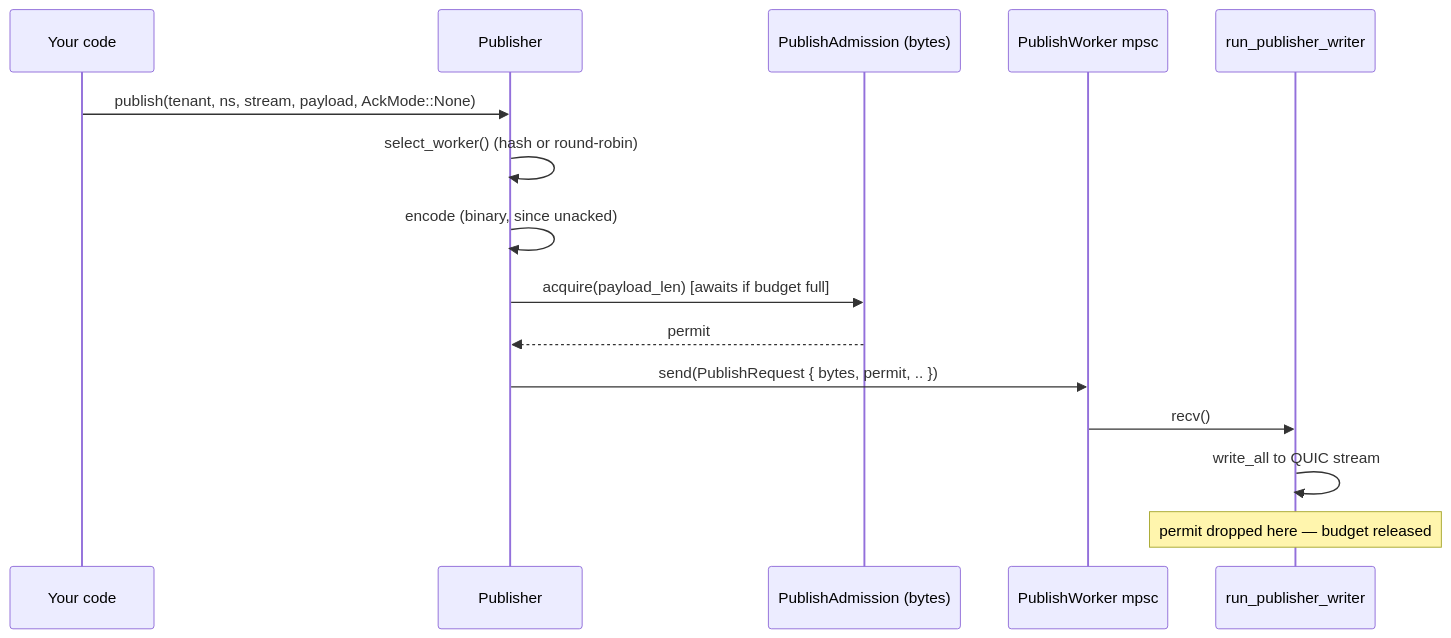
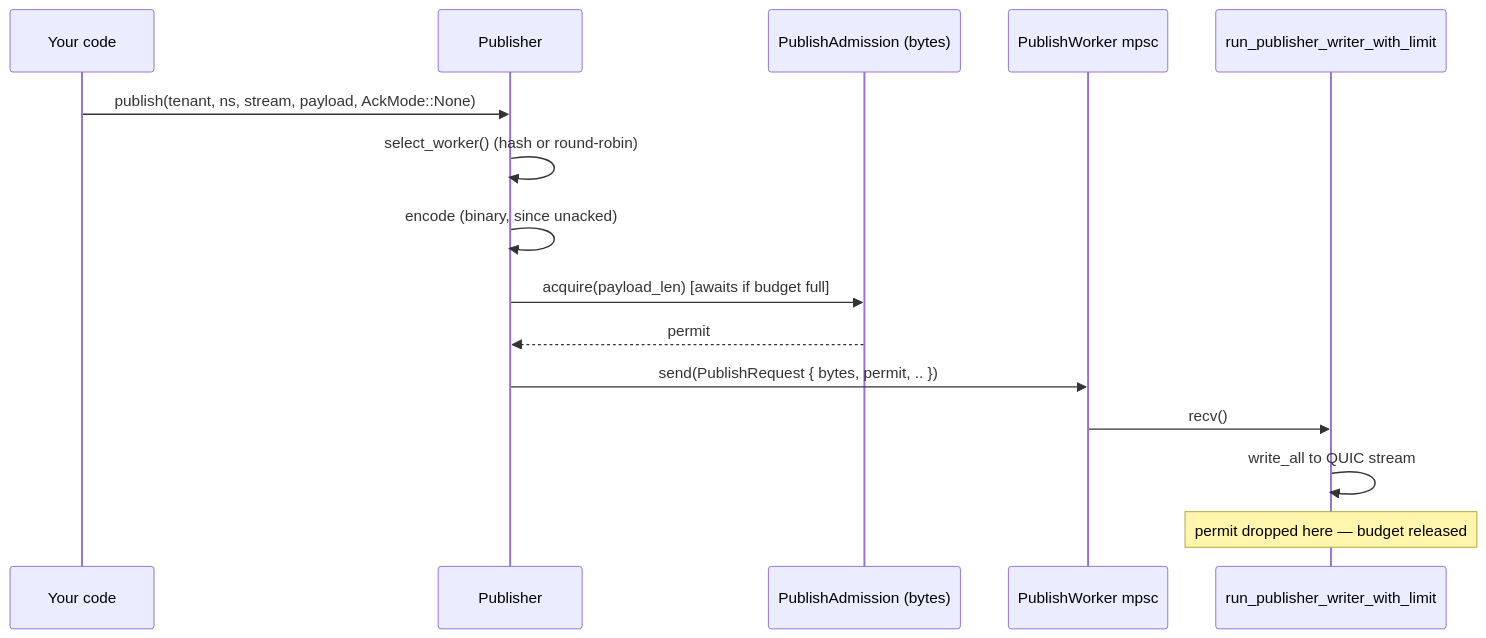
One commit to gabloe/felix changed the diagram in docs-site/src/content/docs/development/internals-publish.md. Above: the diagram before and after it, drawn with Mermaid. The commit also changed other lines of this file and 1522 other files, not shown here.

````diff
--- a/docs-site/src/content/docs/development/internals-publish.md
+++ b/docs-site/src/content/docs/development/internals-publish.md
@@ -90,18 +90,18 @@
 ```mermaid
 sequenceDiagram
     participant App as Your code
     participant Pub as Publisher
     participant Adm as PublishAdmission (bytes)
     participant Wkr as PublishWorker mpsc
-    participant Writer as run_publisher_writer
+    participant Writer as run_publisher_writer_with_limit
 
     App->>Pub: publish(tenant, ns, stream, payload, AckMode::None)
     Pub->>Pub: select_worker() (hash or round-robin)
     Pub->>Pub: encode (binary, since unacked)
     Pub->>Adm: acquire(payload_len) [awaits if budget full]
     Adm-->>Pub: permit
     Pub->>Wkr: send(PublishRequest { bytes, permit, .. })
     Wkr->>Writer: recv()
     Writer->>Writer: write_all to QUIC stream
     Note over Writer: permit dropped here — budget released
 ```
````
